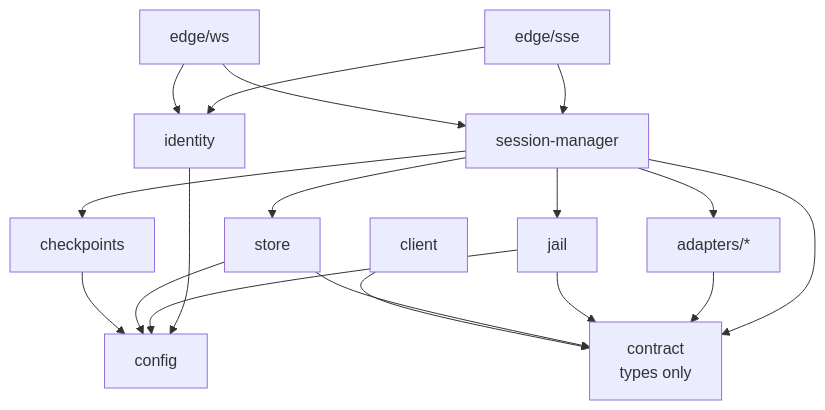
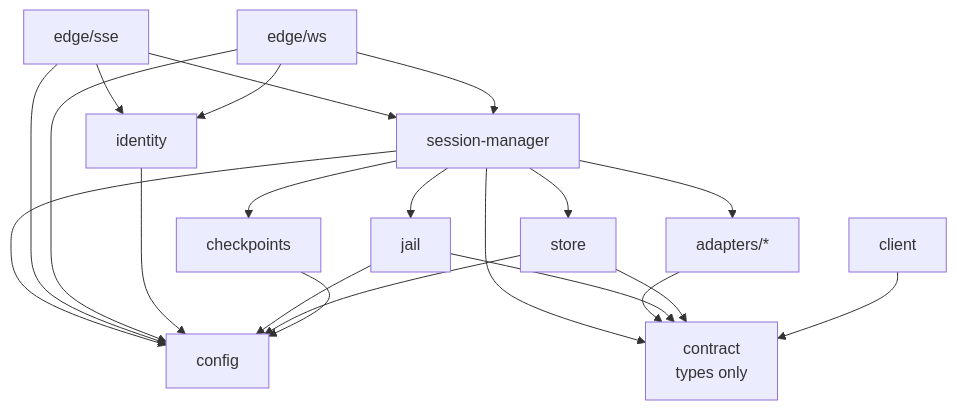
Before and after one commit to The-Running-Dev/SubZeroDev.SkyNetHR: the second of 2 diagrams in design/10-design.md, drawn with Mermaid. The commit also changed other lines of this file and 1 other file, not shown here.

````diff
--- a/design/10-design.md
+++ b/design/10-design.md
@@ -385,32 +539,35 @@
 ```mermaid
 flowchart TD
     CT["contract<br/>types only"]
     CF["config"]
     ID["identity"]
     JL["jail"]
     ST["store"]
     CK["checkpoints"]
     AD["adapters/*"]
     SM["session-manager"]
     EH["edge/sse"]
     EW["edge/ws"]
     CL["client"]
 
     SM --> JL
     SM --> ST
     SM --> CK
     SM --> AD
     SM --> CT
+    SM --> CF
     EH --> SM
     EH --> ID
+    EH --> CF
     EW --> SM
     EW --> ID
+    EW --> CF
     ID --> CF
     JL --> CF
     ST --> CF
     CK --> CF
     AD --> CT
     JL --> CT
     ST --> CT
     CL --> CT
 ```
````
